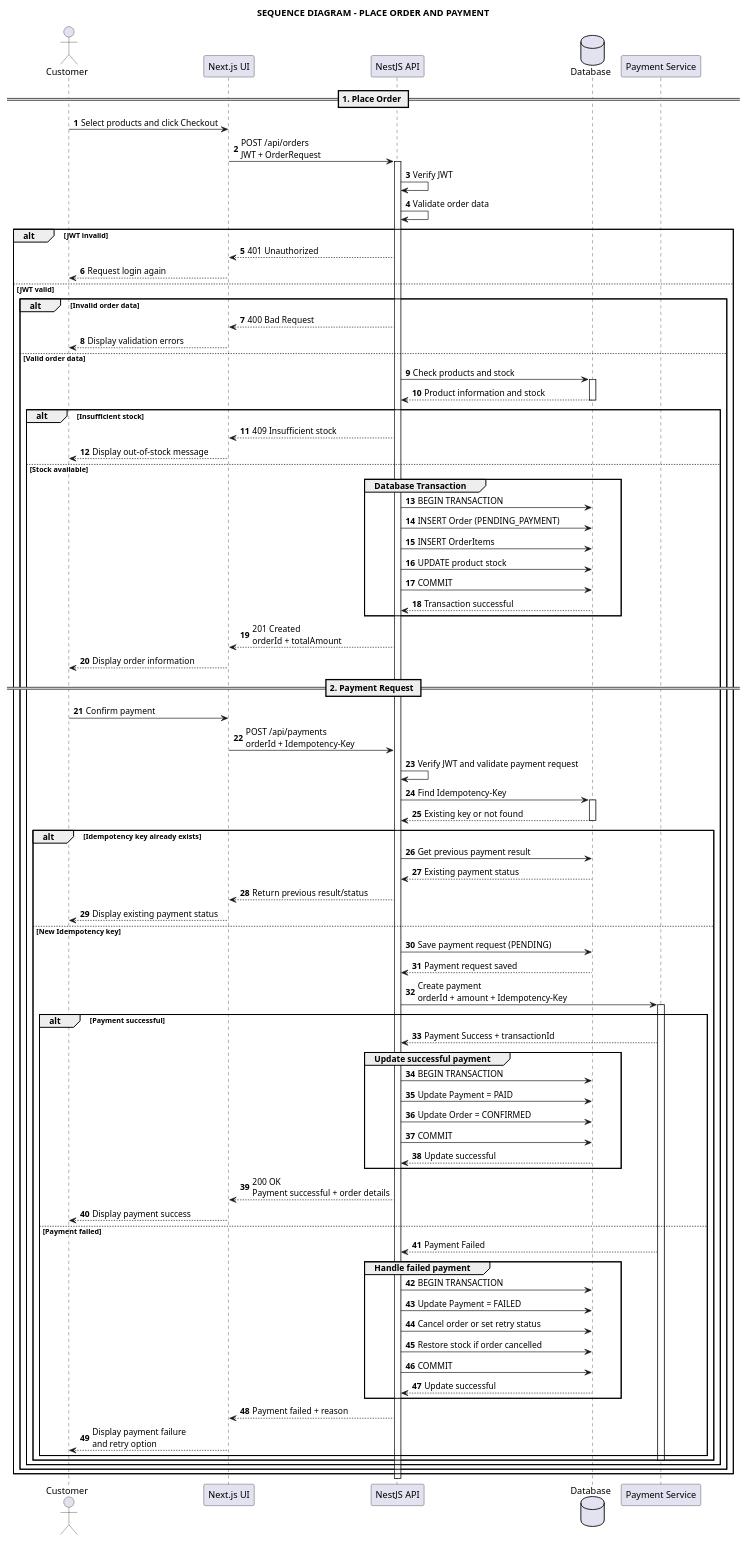
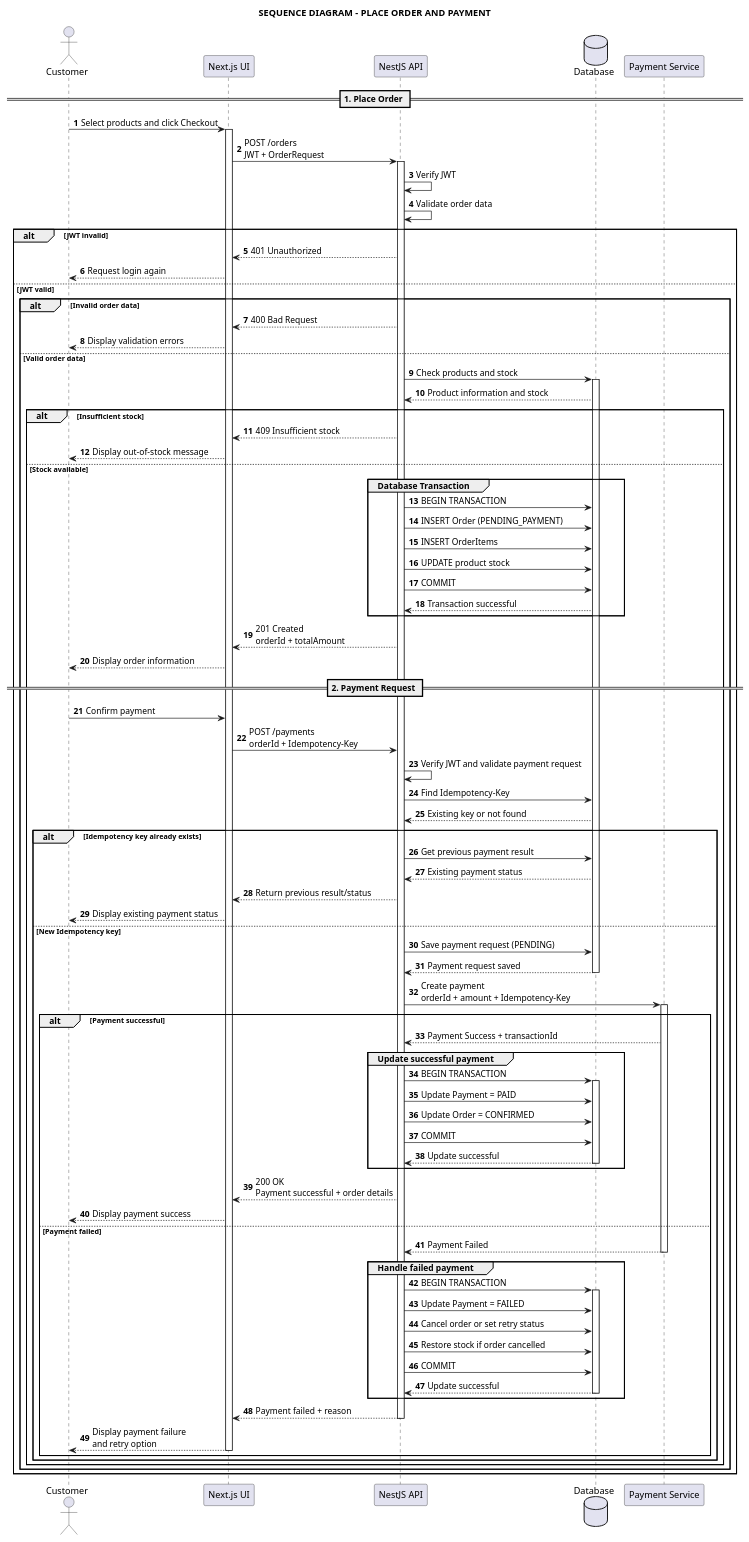
One commit to NguyenphamThaitu/FE_brewlite_hk1 changed the diagram in docs/diagrams/sequence-checkout.puml. Above: the diagram before and after it, drawn with PlantUML. The commit also changed other lines of this file and 3 other files, not shown here.

Commit message:
fix sequence and acrhitecture

```diff
--- a/docs/diagrams/sequence-checkout.puml
+++ b/docs/diagrams/sequence-checkout.puml
@@ -2,118 +1,121 @@
 @startuml
 title SEQUENCE DIAGRAM - PLACE ORDER AND PAYMENT
 
 actor Customer
 participant "Next.js UI" as UI
 participant "NestJS API" as API
 database Database as DB
 participant "Payment Service" as PS
 
 autonumber
 
 == 1. Place Order ==
 
 Customer -> UI: Select products and click Checkout
-UI -> API: POST /api/orders\nJWT + OrderRequest
+activate UI
+UI -> API: POST /orders\nJWT + OrderRequest
 activate API
 
 API -> API: Verify JWT
 API -> API: Validate order data
 
 alt JWT invalid
     API --> UI: 401 Unauthorized
     UI --> Customer: Request login again
 
 else JWT valid
 
     alt Invalid order data
         API --> UI: 400 Bad Request
         UI --> Customer: Display validation errors
 
     else Valid order data
 
         API -> DB: Check products and stock
         activate DB
         DB --> API: Product information and stock
-        deactivate DB
 
         alt Insufficient stock
             API --> UI: 409 Insufficient stock
             UI --> Customer: Display out-of-stock message
 
         else Stock available
 
             group Database Transaction
                 API -> DB: BEGIN TRANSACTION
                 API -> DB: INSERT Order (PENDING_PAYMENT)
                 API -> DB: INSERT OrderItems
                 API -> DB: UPDATE product stock
                 API -> DB: COMMIT
                 DB --> API: Transaction successful
             end
 
             API --> UI: 201 Created\norderId + totalAmount
             UI --> Customer: Display order information
 
             == 2. Payment Request ==
 
             Customer -> UI: Confirm payment
-            UI -> API: POST /api/payments\norderId + Idempotency-Key
+            UI -> API: POST /payments\norderId + Idempotency-Key
             API -> API: Verify JWT and validate payment request
 
             API -> DB: Find Idempotency-Key
-            activate DB
             DB --> API: Existing key or not found
-            deactivate DB
 
             alt Idempotency key already exists
                 API -> DB: Get previous payment result
                 DB --> API: Existing payment status
                 API --> UI: Return previous result/status
                 UI --> Customer: Display existing payment status
 
             else New Idempotency key
 
                 API -> DB: Save payment request (PENDING)
                 DB --> API: Payment request saved
+                deactivate DB
 
                 API -> PS: Create payment\norderId + amount + Idempotency-Key
                 activate PS
 
                 alt Payment successful
                     PS --> API: Payment Success + transactionId
 
                     group Update successful payment
                         API -> DB: BEGIN TRANSACTION
+                        activate DB
                         API -> DB: Update Payment = PAID
                         API -> DB: Update Order = CONFIRMED
                         API -> DB: COMMIT
                         DB --> API: Update successful
+                        deactivate DB
                     end
 
                     API --> UI: 200 OK\nPayment successful + order details
                     UI --> Customer: Display payment success
 
                 else Payment failed
                     PS --> API: Payment Failed
+                    deactivate PS
 
                     group Handle failed payment
                         API -> DB: BEGIN TRANSACTION
+                        activate DB
                         API -> DB: Update Payment = FAILED
                         API -> DB: Cancel order or set retry status
                         API -> DB: Restore stock if order cancelled
                         API -> DB: COMMIT
                         DB --> API: Update successful
+                        deactivate DB
                     end
 
                     API --> UI: Payment failed + reason
+                    deactivate API
                     UI --> Customer: Display payment failure\nand retry option
+                    deactivate UI
                 end
-
-                deactivate PS
             end
         end
     end
 end
 
-deactivate API
 @enduml
```
